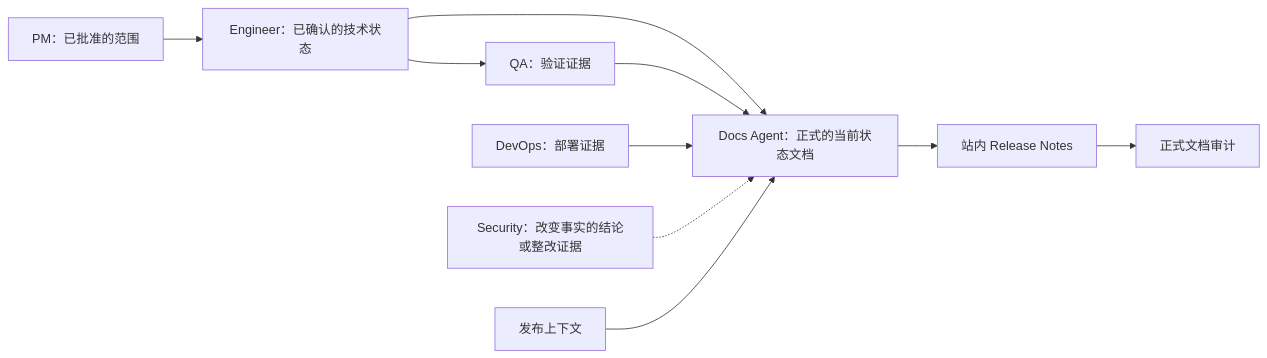
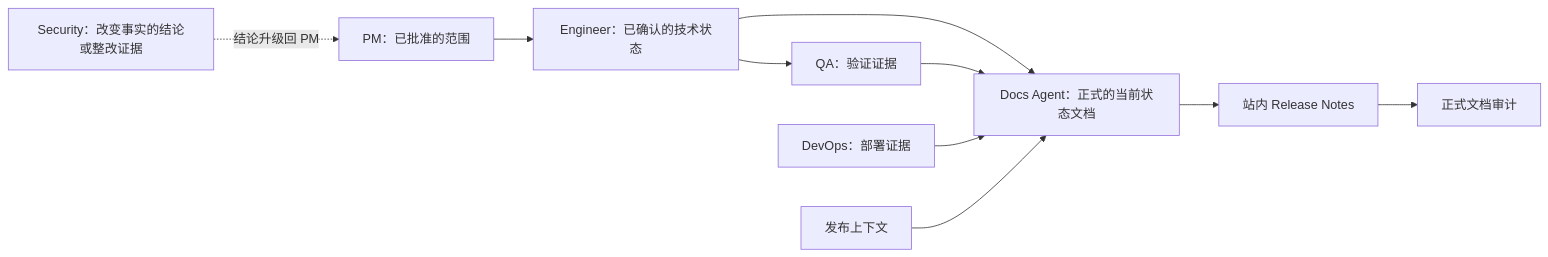
The diagram in agents/docs/README_zh.md (Neplich/dev-agent-skills), drawn with Mermaid before and after one commit. The commit also changed 8 other files, not shown here.

````diff
--- a/agents/docs/README_zh.md
+++ b/agents/docs/README_zh.md
@@ -52,12 +52,12 @@
 ```mermaid
 flowchart LR
     PM["PM：已批准的范围"] --> Engineer["Engineer：已确认的技术状态"]
     Engineer --> QA["QA：验证证据"]
     Engineer --> Docs["Docs Agent：正式的当前状态文档"]
     QA --> Docs
     DevOps["DevOps：部署证据"] --> Docs
-    Security["Security：改变事实的结论或整改证据"] -.-> Docs
+    Security["Security：改变事实的结论或整改证据"] -. "结论升级回 PM" .-> PM
     Release["发布上下文"] --> Docs
     Docs --> Notes["站内 Release Notes"]
     Notes --> Audit["正式文档审计"]
 ```
````
